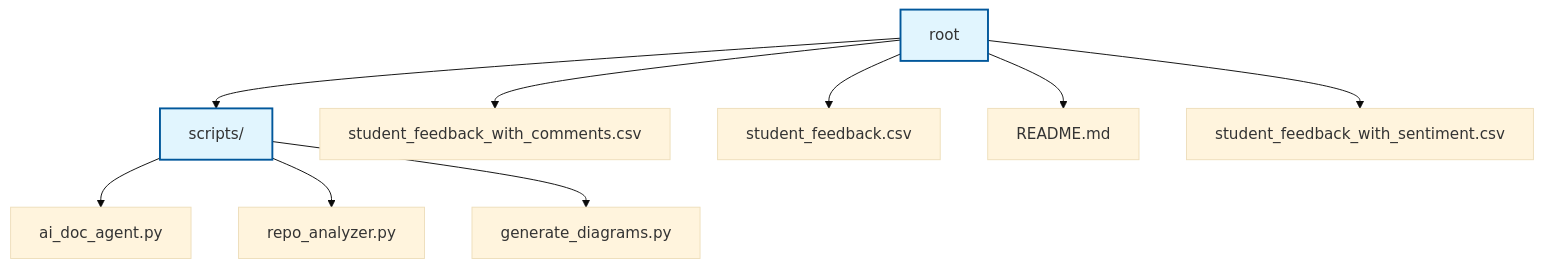
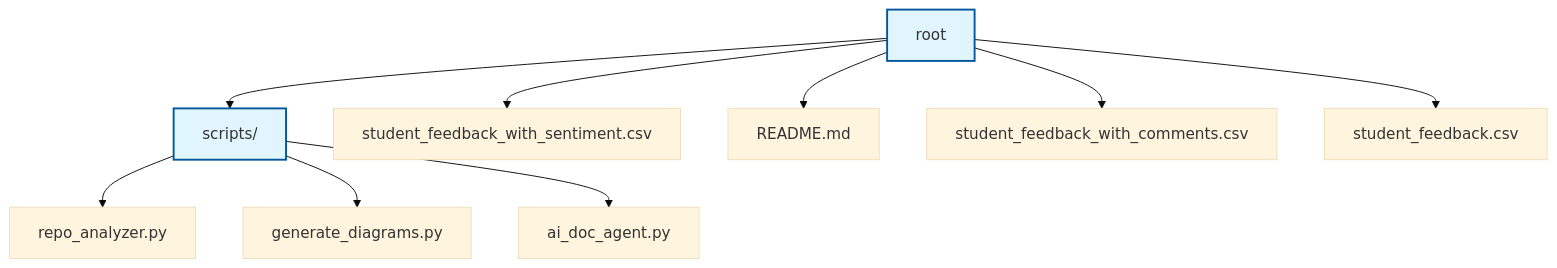
Before and after one commit to NITISH-R-G/FUTURE_DS_03: the diagram in README.md, drawn with Mermaid (base theme).

Commit message:
docs: auto-update repository documentation and diagrams

````diff
--- a/README.md
+++ b/README.md
@@ -47,29 +47,29 @@
 ```mermaid
 graph TD
     node0["root"]:::folder
     node1["scripts/"]:::folder
     node0 --> node1
-    node2["student_feedback_with_comments.csv"]
+    node2["student_feedback_with_sentiment.csv"]
     node0 --> node2
-    node3["student_feedback.csv"]
+    node3["README.md"]
     node0 --> node3
-    node4["README.md"]
+    node4["student_feedback_with_comments.csv"]
     node0 --> node4
-    node5["student_feedback_with_sentiment.csv"]
+    node5["student_feedback.csv"]
     node0 --> node5
-    node6["ai_doc_agent.py"]
+    node6["repo_analyzer.py"]
     node1 --> node6
-    node7["repo_analyzer.py"]
+    node7["generate_diagrams.py"]
     node1 --> node7
-    node8["generate_diagrams.py"]
+    node8["ai_doc_agent.py"]
     node1 --> node8
     classDef folder fill:#e1f5fe,stroke:#01579b,stroke-width:2px;
     click node1 "scripts" "View scripts"
-    click node2 "student_feedback_with_comments.csv" "View student_feedback_with_comments.csv"
-    click node3 "student_feedback.csv" "View student_feedback.csv"
-    click node4 "README.md" "View README.md"
-    click node5 "student_feedback_with_sentiment.csv" "View student_feedback_with_sentiment.csv"
-    click node6 "scripts/ai_doc_agent.py" "View ai_doc_agent.py"
-    click node7 "scripts/repo_analyzer.py" "View repo_analyzer.py"
-    click node8 "scripts/generate_diagrams.py" "View generate_diagrams.py"
+    click node2 "student_feedback_with_sentiment.csv" "View student_feedback_with_sentiment.csv"
+    click node3 "README.md" "View README.md"
+    click node4 "student_feedback_with_comments.csv" "View student_feedback_with_comments.csv"
+    click node5 "student_feedback.csv" "View student_feedback.csv"
+    click node6 "scripts/repo_analyzer.py" "View repo_analyzer.py"
+    click node7 "scripts/generate_diagrams.py" "View generate_diagrams.py"
+    click node8 "scripts/ai_doc_agent.py" "View ai_doc_agent.py"
 ```
````
